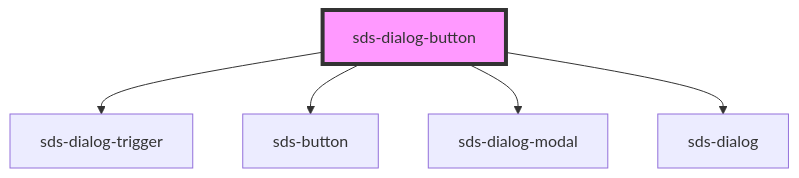
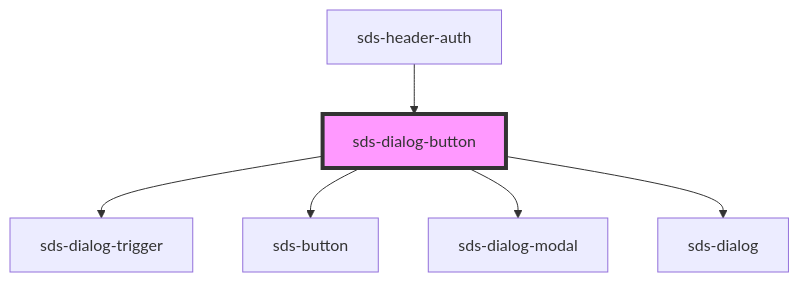
One commit to chodgesfigma/sds-mono changed the diagram in packages/sds-web-components/src/ui/primitives/dialog/sds-dialog-button/readme.md. Above: the diagram before and after it, drawn with Mermaid. The commit also changed other lines of this file and 15 other files, not shown here.

Commit message:
feat: header/auth and other component adjustments

````diff
--- a/packages/sds-web-components/src/ui/primitives/dialog/sds-dialog-button/readme.md
+++ b/packages/sds-web-components/src/ui/primitives/dialog/sds-dialog-button/readme.md
@@ -50,8 +54,9 @@
 ```mermaid
 graph TD;
   sds-dialog-button --> sds-dialog-trigger
   sds-dialog-button --> sds-button
   sds-dialog-button --> sds-dialog-modal
   sds-dialog-button --> sds-dialog
+  sds-header-auth --> sds-dialog-button
   style sds-dialog-button fill:#f9f,stroke:#333,stroke-width:4px
 ```
````
